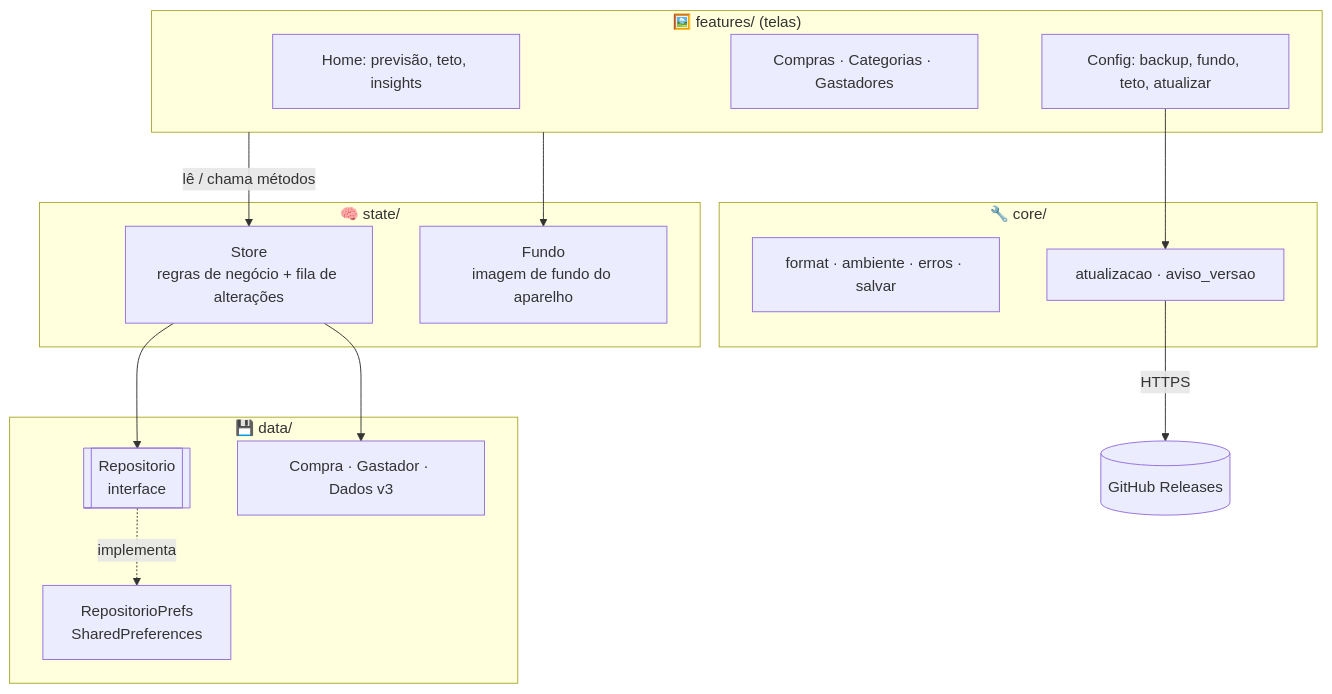
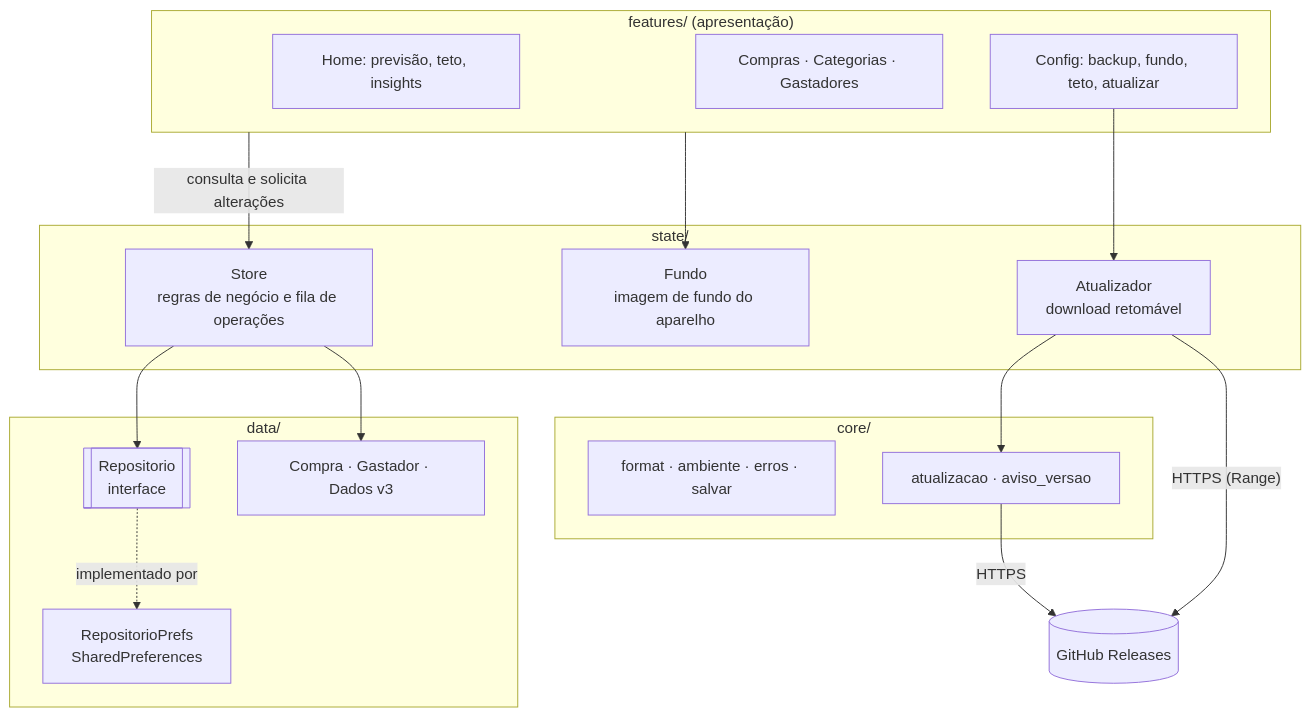
One commit to claulis/mesquevem changed the diagram in README.md. Above: the diagram before and after it, drawn with Mermaid. The commit also changed other lines of this file, not shown here.

````diff
--- a/README.md
+++ b/README.md
@@ -90,30 +127,33 @@
 ```mermaid
 flowchart TD
-    subgraph UI["🖼️ features/ (telas)"]
+    subgraph UI["features/ (apresentação)"]
         H[Home: previsão, teto, insights]
         C[Compras · Categorias · Gastadores]
         CFG[Config: backup, fundo, teto, atualizar]
     end
-    subgraph Estado["🧠 state/"]
-        S[Store<br/>regras de negócio + fila de alterações]
+    subgraph Estado["state/"]
+        S[Store<br/>regras de negócio e fila de operações]
         F[Fundo<br/>imagem de fundo do aparelho]
+        AT[Atualizador<br/>download retomável]
     end
-    subgraph Dados["💾 data/"]
+    subgraph Dados["data/"]
         R[[Repositorio<br/>interface]]
         RP[RepositorioPrefs<br/>SharedPreferences]
         M[Compra · Gastador · Dados v3]
     end
-    subgraph Core["🔧 core/"]
+    subgraph Core["core/"]
         U[format · ambiente · erros · salvar]
         A[atualizacao · aviso_versao]
     end
     GH[(GitHub Releases)]
 
-    UI -- lê / chama métodos --> S
+    UI -- consulta e solicita alterações --> S
     UI --> F
+    CFG --> AT
     S --> R
-    R -. implementa .-> RP
+    R -. implementado por .-> RP
     S --> M
-    CFG --> A
+    AT --> A
     A -- HTTPS --> GH
+    AT -- "HTTPS (Range)" --> GH
 ```
````
